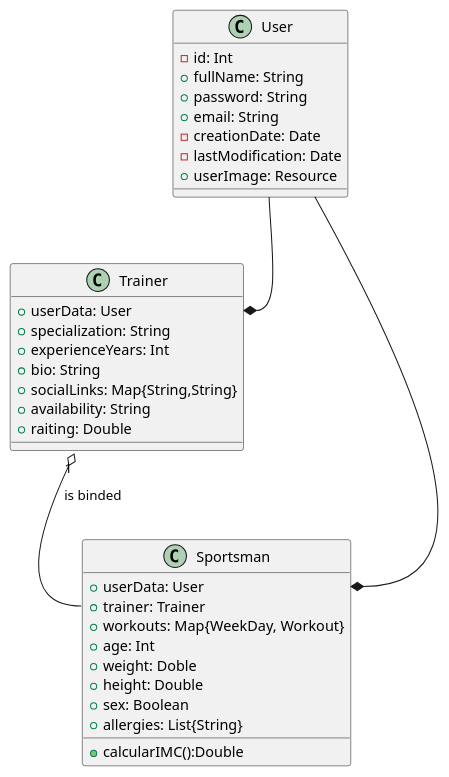
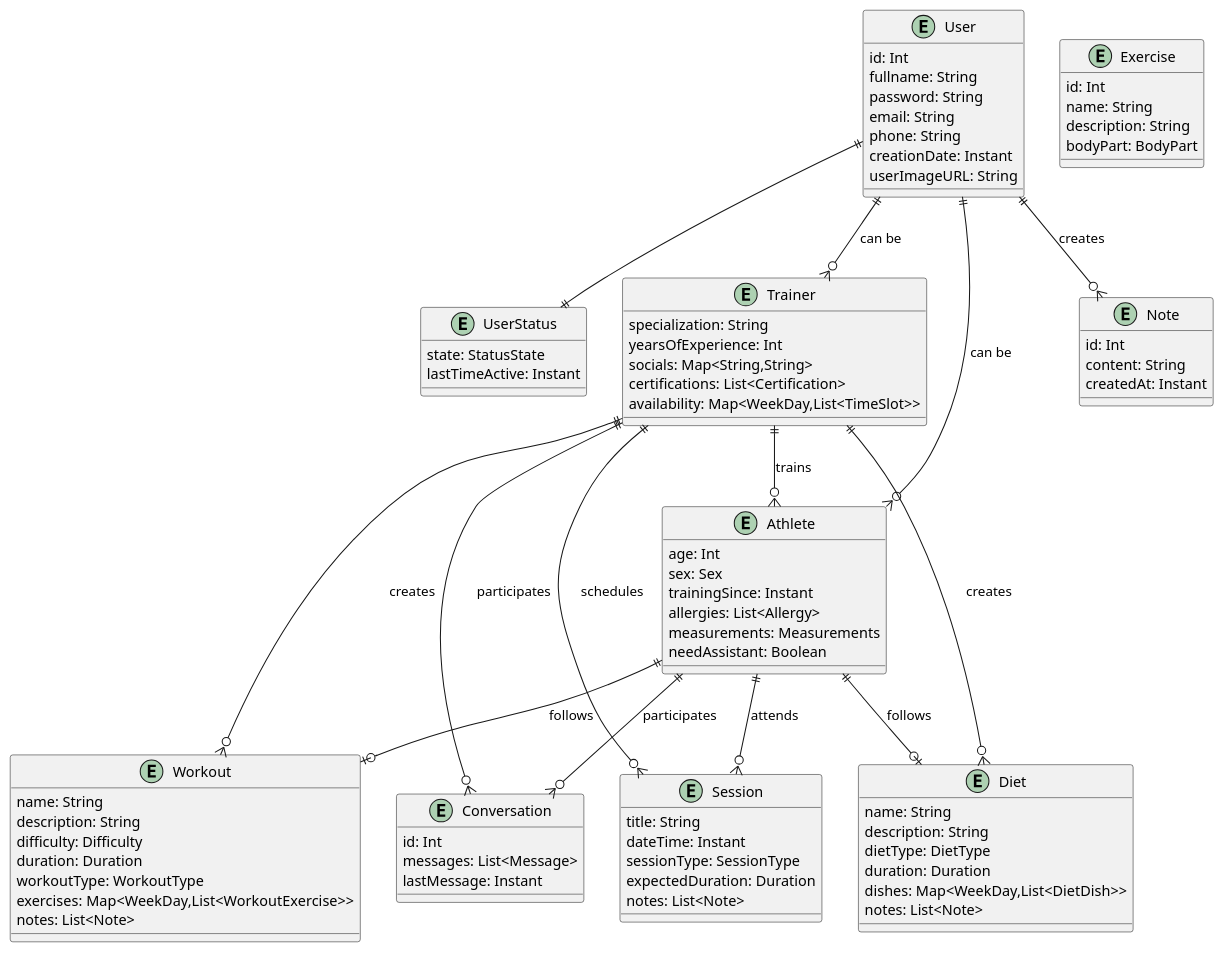
One commit to GasparKral/Fit-me changed the fourth of 8 diagrams in Writerside/topics/topics/Diagramas-UML.md. Above: the diagram before and after it, drawn with PlantUML. The commit also changed other lines of this file and 54 other files, not shown here.

```diff
--- a/Writerside/topics/topics/Diagramas-UML.md
+++ b/Writerside/topics/topics/Diagramas-UML.md
@@ -132,41 +103,95 @@
-@startuml
-    
-    class User {
-       - id: Int
-       + fullName: String
-       + password: String
-       + email: String
-       - creationDate: Date
-       - lastModification: Date
-       + userImage: Resource
-    }
+    @startuml
 
-    class Trainer {
-       + userData: User
-       + specialization: String
-       + experienceYears: Int
-       + bio: String
-       + socialLinks: Map{String,String}
-       + availability: String
-       + raiting: Double
-    }
+        entity User {
+            id: Int
+            fullname: String
+            password: String
+            email: String
+            phone: String
+            creationDate: Instant
+            userImageURL: String
+        }
+        
+        entity UserStatus {
+            state: StatusState
+            lastTimeActive: Instant
+        }
+        
+        entity Trainer {
+            specialization: String
+            yearsOfExperience: Int
+            socials: Map<String,String>
+            certifications: List<Certification>
+            availability: Map<WeekDay,List<TimeSlot>>
+        }
+        
+        entity Athlete {
+            age: Int
+            sex: Sex
+            trainingSince: Instant
+            allergies: List<Allergy>
+            measurements: Measurements
+            needAssistant: Boolean
+        }
+        
+        entity Workout {
+            name: String
+            description: String
+            difficulty: Difficulty
+            duration: Duration
+            workoutType: WorkoutType
+            exercises: Map<WeekDay,List<WorkoutExercise>>
+            notes: List<Note>
+        }
+        
+        entity Diet {
+            name: String
+            description: String
+            dietType: DietType
+            duration: Duration
+            dishes: Map<WeekDay,List<DietDish>>
+            notes: List<Note>
+        }
+        
+        entity Exercise {
+            id: Int
+            name: String
+            description: String
+            bodyPart: BodyPart
+        }
+        
+        entity Note {
+            id: Int
+            content: String
+            createdAt: Instant
+        }
+        
+        entity Conversation {
+            id: Int
+            messages: List<Message>
+            lastMessage: Instant
+        }
+        
+        entity Session {
+            title: String
+            dateTime: Instant
+            sessionType: SessionType
+            expectedDuration: Duration
+            notes: List<Note>
+        }
 
-    class Sportsman {
-       + userData: User
-       + trainer: Trainer
-       + workouts: Map{WeekDay, Workout}
-       + age: Int
-       + weight: Doble
-       + height: Double
-       + sex: Boolean
-       + allergies: List{String}
-
-        +calcularIMC():Double
-    }
-
-    User --* Trainer::userData
-    User --* Sportsman::userData
-    Trainer "1" o-- Sportsman::trainer : " is binded"
-    
+        User ||--|| UserStatus
+        User ||--o{ Trainer : "can be"
+        User ||--o{ Athlete : "can be"
+        Trainer ||--o{ Athlete : "trains"
+        Trainer ||--o{ Workout : "creates"
+        Trainer ||--o{ Diet : "creates"
+        Athlete ||--o| Workout : "follows"
+        Athlete ||--o| Diet : "follows"
+        Trainer ||--o{ Conversation : "participates"
+        Athlete ||--o{ Conversation : "participates"
+        Trainer ||--o{ Session : "schedules"
+        Athlete ||--o{ Session : "attends"
+        User ||--o{ Note : "creates"
 
 @enduml
```
